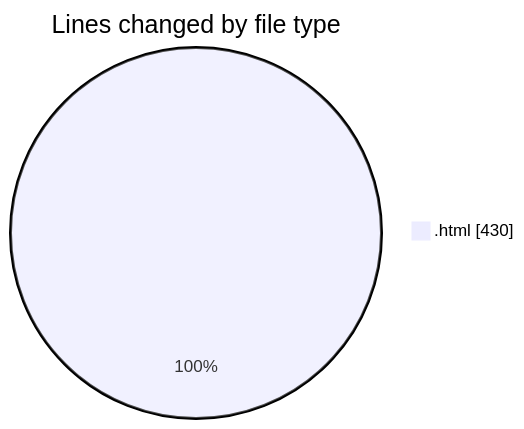
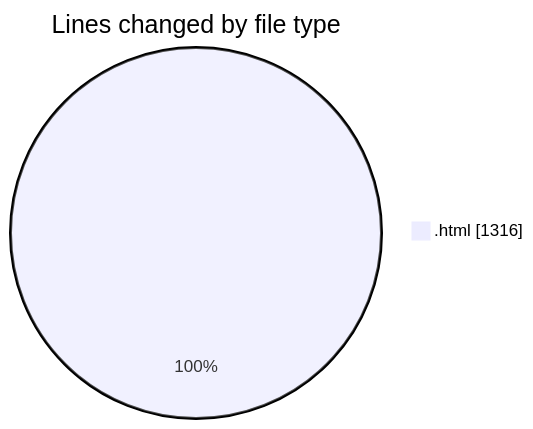
Before and after one commit to Ritupan-Deka/code-tracking: the first of 2 diagrams in 2025-05-23/projects/README.md, drawn with Mermaid. The commit also changed other lines of this file and 1 other file, not shown here.

````diff
--- a/2025-05-23/projects/README.md
+++ b/2025-05-23/projects/README.md
@@ -20,5 +20,5 @@
 ```mermaid
 pie showData
 title Lines changed by file type
-".html" : 430
+".html" : 1316
 ```
````
